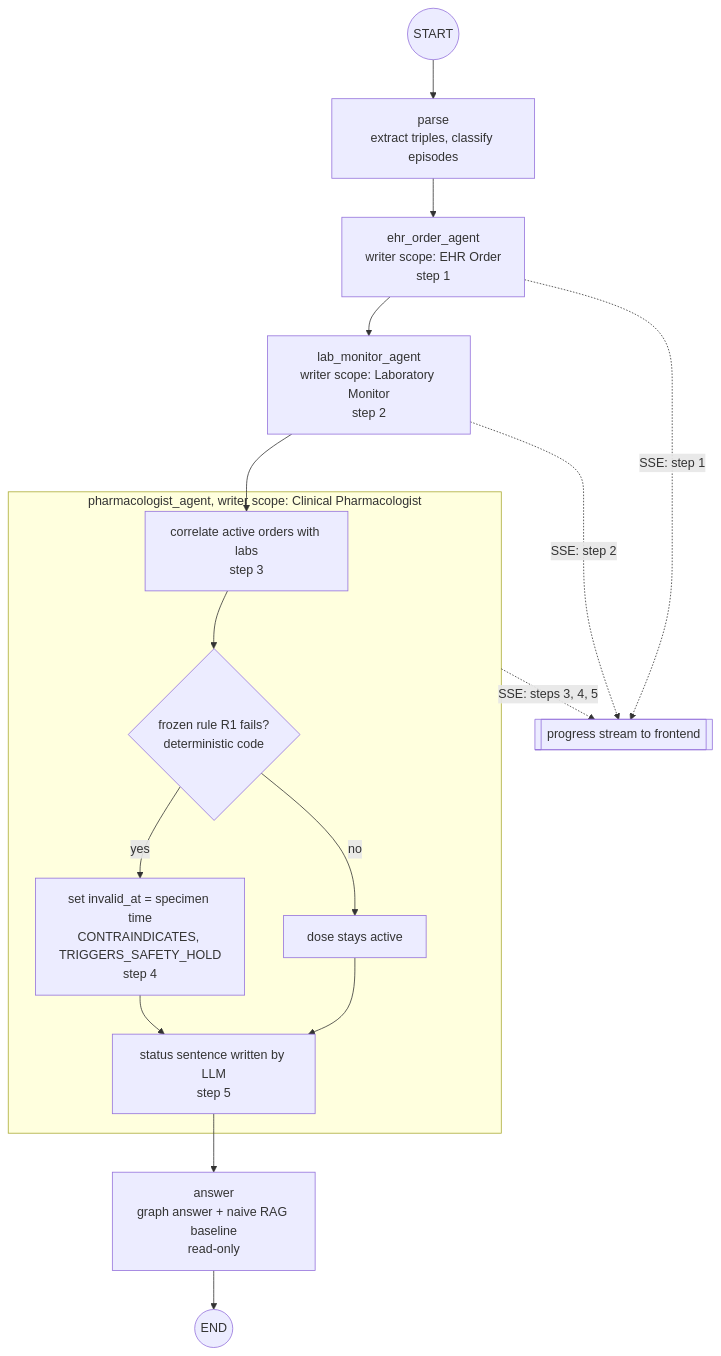
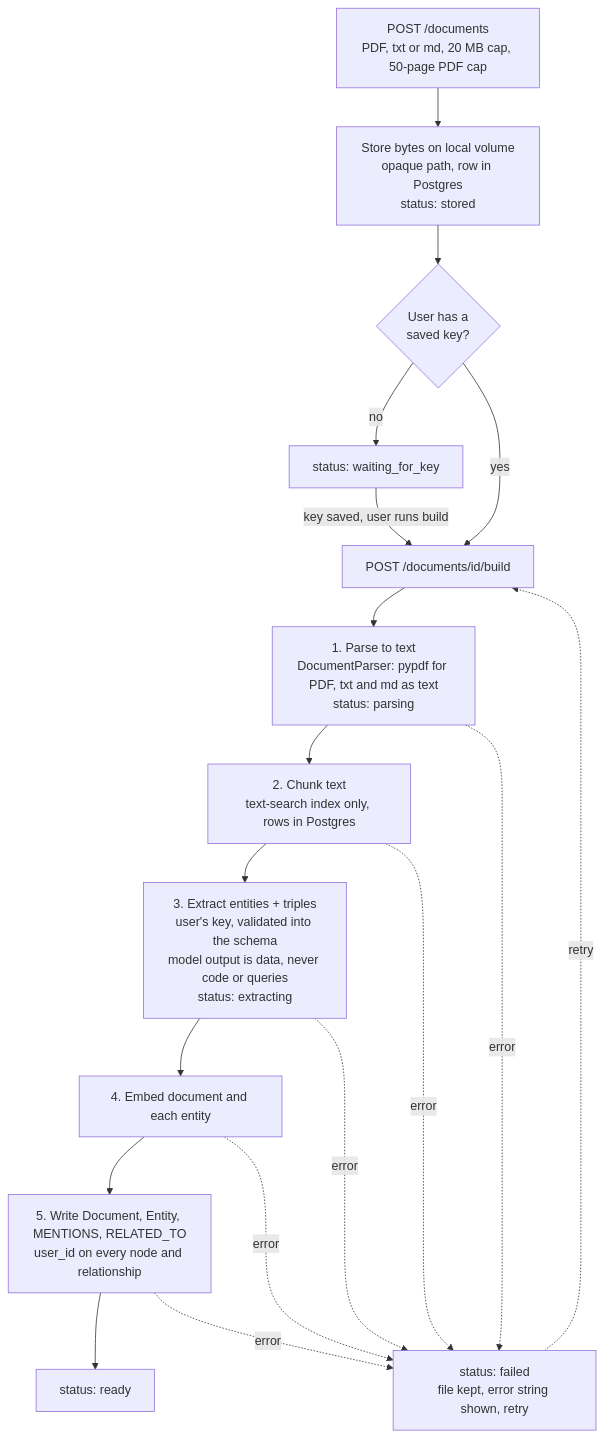
One commit to chikku1234568/jewel changed the second of 5 diagrams in docs/architecture.md. Above: the diagram before and after it, drawn with Mermaid. The commit also changed other lines of this file and 36 other files, not shown here.

First line of the commit message:
Docs: architecture, ADRs, open questions and diagrams for the new product

````diff
--- a/docs/architecture.md
+++ b/docs/architecture.md
@@ -206,20 +142,17 @@
 ```mermaid
+%% name: 02-ingestion-pipeline
 flowchart TD
-    START((START)) --> parse["parse<br/>extract triples, classify episodes"]
-    parse --> ehr["ehr_order_agent<br/>writer scope: EHR Order<br/>step 1"]
-    ehr --> lab["lab_monitor_agent<br/>writer scope: Laboratory Monitor<br/>step 2"]
-    lab --> corr
-    subgraph PH["pharmacologist_agent, writer scope: Clinical Pharmacologist"]
-        corr["correlate active orders with labs<br/>step 3"] --> rule{"frozen rule R1 fails?<br/>deterministic code"}
-        rule -->|yes| close["set invalid_at = specimen time<br/>CONTRAINDICATES, TRIGGERS_SAFETY_HOLD<br/>step 4"]
-        rule -->|no| keep["dose stays active"]
-        close --> status["status sentence written by LLM<br/>step 5"]
-        keep --> status
-    end
-    status --> answer["answer<br/>graph answer + naive RAG baseline<br/>read-only"]
-    answer --> END((END))
-
-    ehr -. "SSE: step 1" .-> sse[["progress stream to frontend"]]
-    lab -. "SSE: step 2" .-> sse
-    PH -. "SSE: steps 3, 4, 5" .-> sse
+    up["POST /documents<br/>PDF, txt or md, 20 MB cap, 50-page PDF cap"] --> store["Store bytes on local volume<br/>opaque path, row in Postgres<br/>status: stored"]
+    store --> key{"User has a<br/>saved key?"}
+    key -->|no| wait["status: waiting_for_key"]
+    wait -->|"key saved, user runs build"| build
+    key -->|yes| build["POST /documents/id/build"]
+    build --> p1["1. Parse to text<br/>DocumentParser: pypdf for PDF, txt and md as text<br/>status: parsing"]
+    p1 --> p2["2. Chunk text<br/>text-search index only, rows in Postgres"]
+    p2 --> p3["3. Extract entities + triples<br/>user's key, validated into the schema<br/>model output is data, never code or queries<br/>status: extracting"]
+    p3 --> p4["4. Embed document and each entity"]
+    p4 --> p5["5. Write Document, Entity, MENTIONS, RELATED_TO<br/>user_id on every node and relationship"]
+    p5 --> ready["status: ready"]
+    p1 & p2 & p3 & p4 & p5 -.->|error| failed["status: failed<br/>file kept, error string shown, retry"]
+    failed -.->|retry| build
 ```
````
